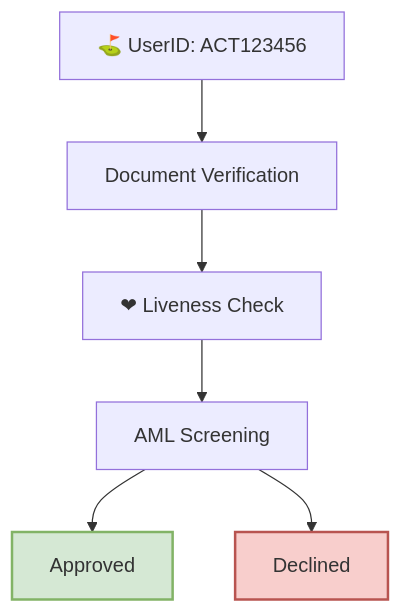
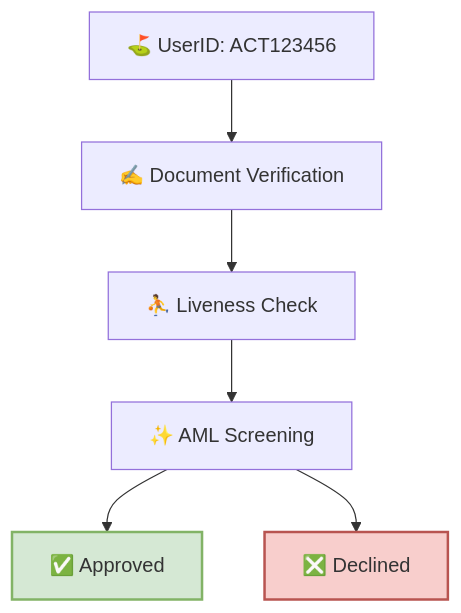
The diagram in id/id.mdx (Fantastic-Devs/Mintlify), drawn with Mermaid before and after one commit.

````diff
--- a/id/id.mdx
+++ b/id/id.mdx
@@ -17,18 +17,18 @@
 ```mermaid
 
 graph TB;
     A["⛳  UserID: ACT123456"];
-    B["Document Verification"];
-    C["❤ Liveness Check"];
-    D["AML Screening"];
-    E["Approved"];
-    F["Declined"];
+    B["✍ Document Verification"];
+    C["⛹ Liveness Check"];
+    D["✨ AML Screening"];
+    E["✅ Approved"];
+    F["❎ Declined"];
     A--> B;
     B--> C;
     C--> D;
     D--> E & F;
 
 style E fill:#d5e8d4,stroke:#82b366,stroke-width:2px
 style F fill:#f8cecc,stroke:#b85450,stroke-width:2px
 
 ```
````
